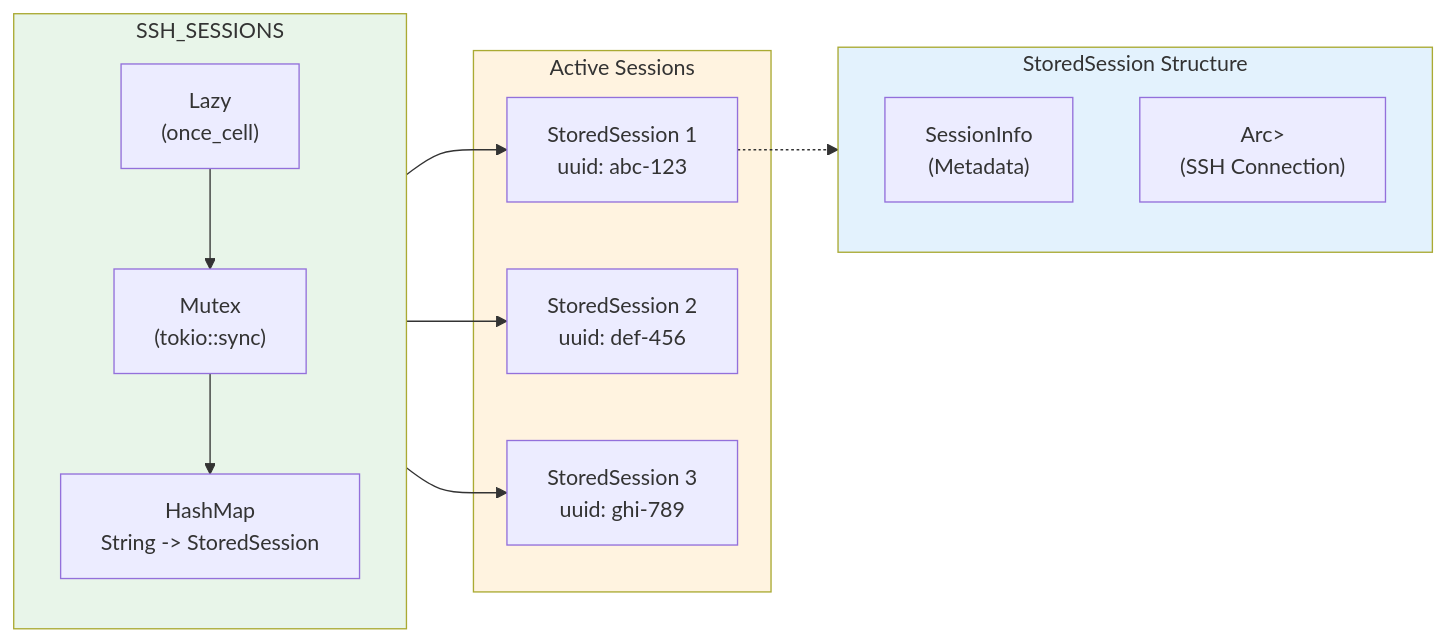
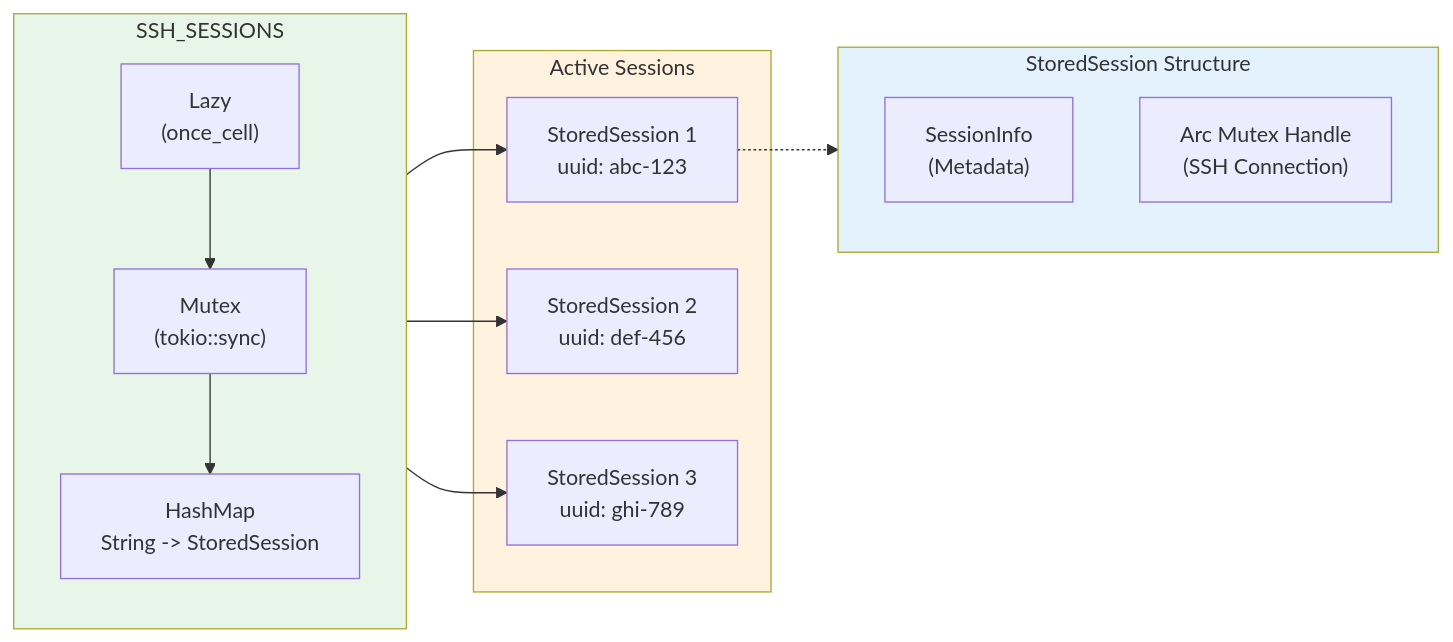
One commit to farchanjo/ssh-mcp changed the fourth of 9 diagrams in docs/ARCHITECTURE.md. Above: the diagram before and after it, drawn with Mermaid. The commit also changed other lines of this file, not shown here.

First line of the commit message:
docs(architecture): update for new modular structure with russh

````diff
--- a/docs/ARCHITECTURE.md
+++ b/docs/ARCHITECTURE.md
@@ -159,33 +274,33 @@
 ```mermaid
 flowchart LR
     subgraph Storage["SSH_SESSIONS"]
         direction TB
         Lazy["Lazy<br/>(once_cell)"]
         Mutex["Mutex<br/>(tokio::sync)"]
         HashMap["HashMap<br/>String -> StoredSession"]
 
         Lazy --> Mutex
         Mutex --> HashMap
     end
 
     subgraph Sessions["Active Sessions"]
         S1["StoredSession 1<br/>uuid: abc-123"]
         S2["StoredSession 2<br/>uuid: def-456"]
         S3["StoredSession 3<br/>uuid: ghi-789"]
     end
 
     HashMap --> S1
     HashMap --> S2
     HashMap --> S3
 
     subgraph SessionDetail["StoredSession Structure"]
         Info["SessionInfo<br/>(Metadata)"]
-        Handle["Arc<Mutex<Handle>><br/>(SSH Connection)"]
+        Handle["Arc Mutex Handle<br/>(SSH Connection)"]
     end
 
     S1 -.-> SessionDetail
 
     style Storage fill:#e8f5e9
     style Sessions fill:#fff3e0
     style SessionDetail fill:#e3f2fd
 ```
````
